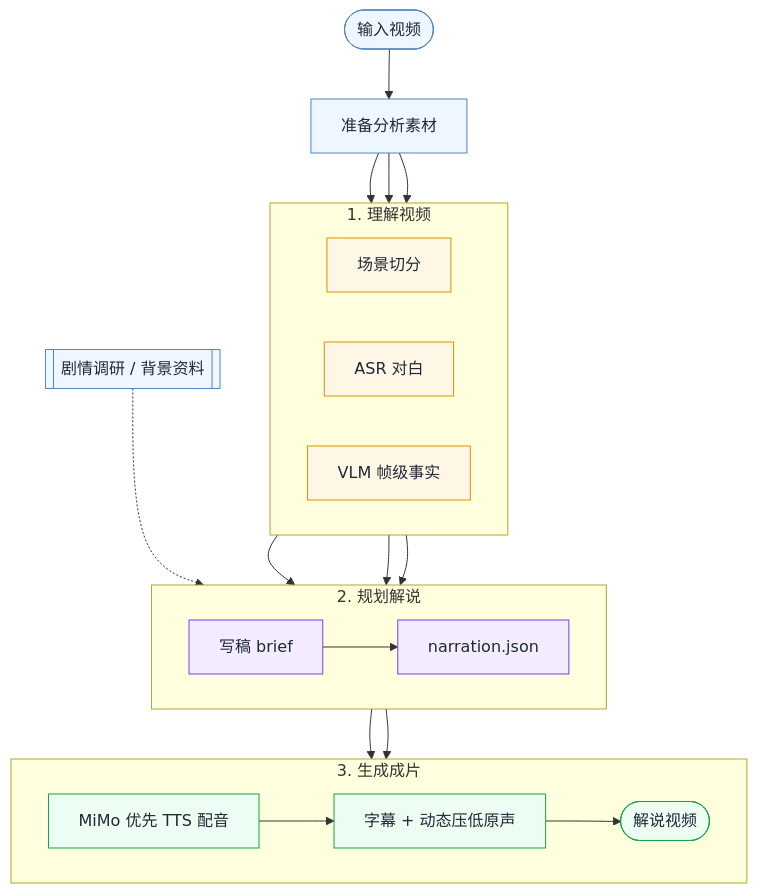
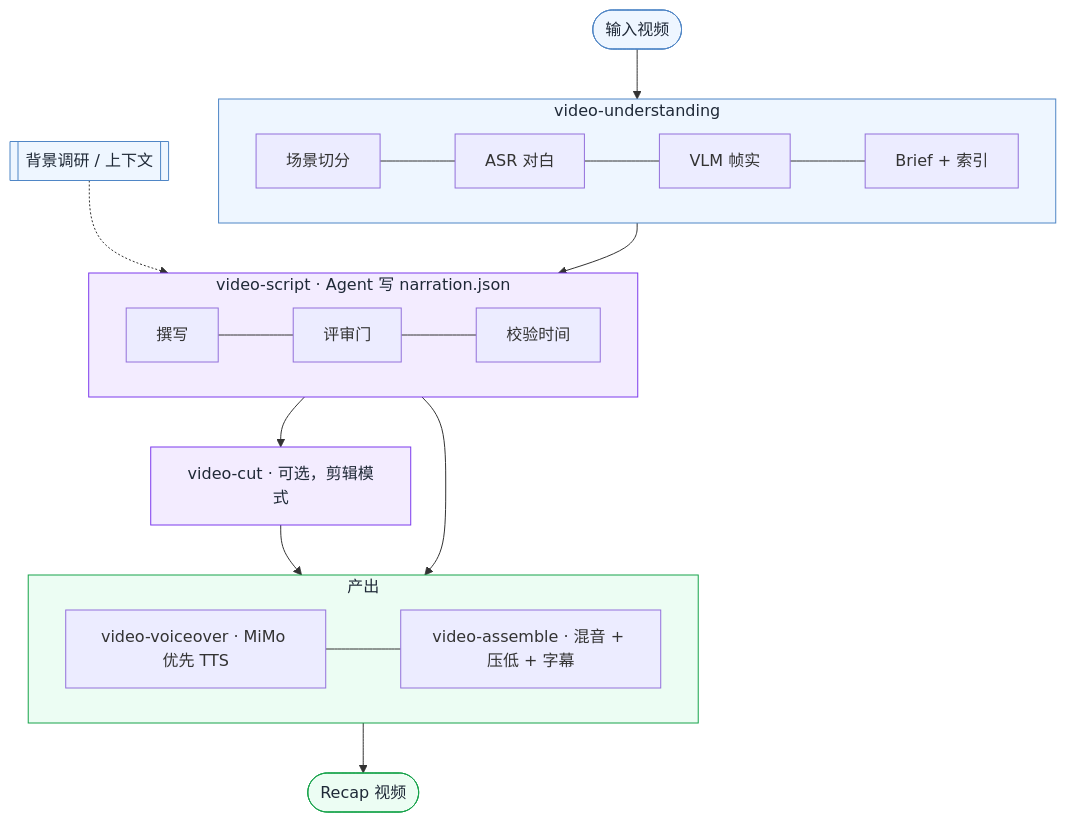
Before and after one commit to worldwonderer/video-recap-skills: the diagram in README.zh-CN.md, drawn with Mermaid. The commit also changed other lines of this file and 4 other files, not shown here.

````diff
--- a/README.zh-CN.md
+++ b/README.zh-CN.md
@@ -20,46 +20,34 @@
 ```mermaid
 flowchart TB
-    input([输入视频]) --> prep[准备分析素材]
-    context[[剧情调研 / 背景资料]] -.-> brief
+    input([输入视频]) --> understand
+    context[[背景调研 / 上下文]] -.-> script
 
-    subgraph understand[1. 理解视频]
+    subgraph understand[video-understanding]
         direction LR
-        scene[场景切分]
-        asr[ASR 对白]
-        vlm[VLM 帧级事实]
+        scene[场景切分] --- asr[ASR 对白] --- vlm[VLM 帧实] --- brief[Brief + 索引]
     end
 
-    subgraph write[2. 规划解说]
+    subgraph script[video-script · Agent 写 narration.json]
         direction LR
-        brief[写稿 brief]
-        script[narration.json]
+        write[撰写] --- review[评审门] --- validate[校验时间]
     end
 
-    subgraph produce[3. 生成成片]
+    cut[video-cut · 可选，剪辑模式]
+    subgraph produce[产出]
         direction LR
-        tts[MiMo 优先 TTS 配音]
-        mix[字幕 + 动态压低原声]
-        output([解说视频])
+        voice[video-voiceover · MiMo 优先 TTS] --- assemble[video-assemble · 混音 + 压低 + 字幕]
     end
+    output([Recap 视频])
 
-    prep --> scene
-    prep --> asr
-    prep --> vlm
-    scene --> brief
-    asr --> brief
-    vlm --> brief
-    brief --> script
-    script --> tts
-    script --> mix
-    tts --> mix
-    mix --> output
+    understand --> script
+    script --> cut --> produce
+    script --> produce
+    produce --> output
 
-    classDef source fill:#eef6ff,stroke:#4f86c6,stroke-width:1px,color:#1f2937;
-    classDef analysis fill:#fff7e6,stroke:#d99100,stroke-width:1px,color:#1f2937;
-    classDef scriptStyle fill:#f3ecff,stroke:#7c3aed,stroke-width:1px,color:#1f2937;
-    classDef output fill:#ecfdf3,stroke:#16a34a,stroke-width:1px,color:#1f2937;
-    class input,context,prep source;
-    class scene,asr,vlm analysis;
-    class brief,script scriptStyle;
-    class tts,mix,output output;
+    classDef s fill:#eef6ff,stroke:#4f86c6,color:#1f2937;
+    classDef w fill:#f3ecff,stroke:#7c3aed,color:#1f2937;
+    classDef p fill:#ecfdf3,stroke:#16a34a,color:#1f2937;
+    class input,context,understand s;
+    class script,cut w;
+    class produce,output p;
 ```
````
